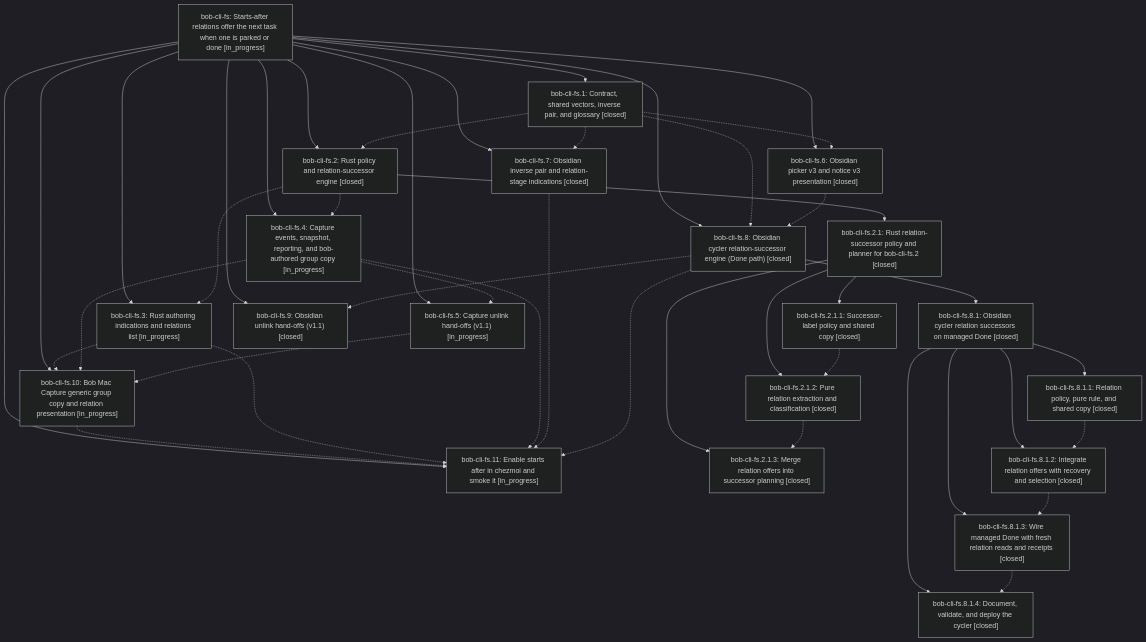
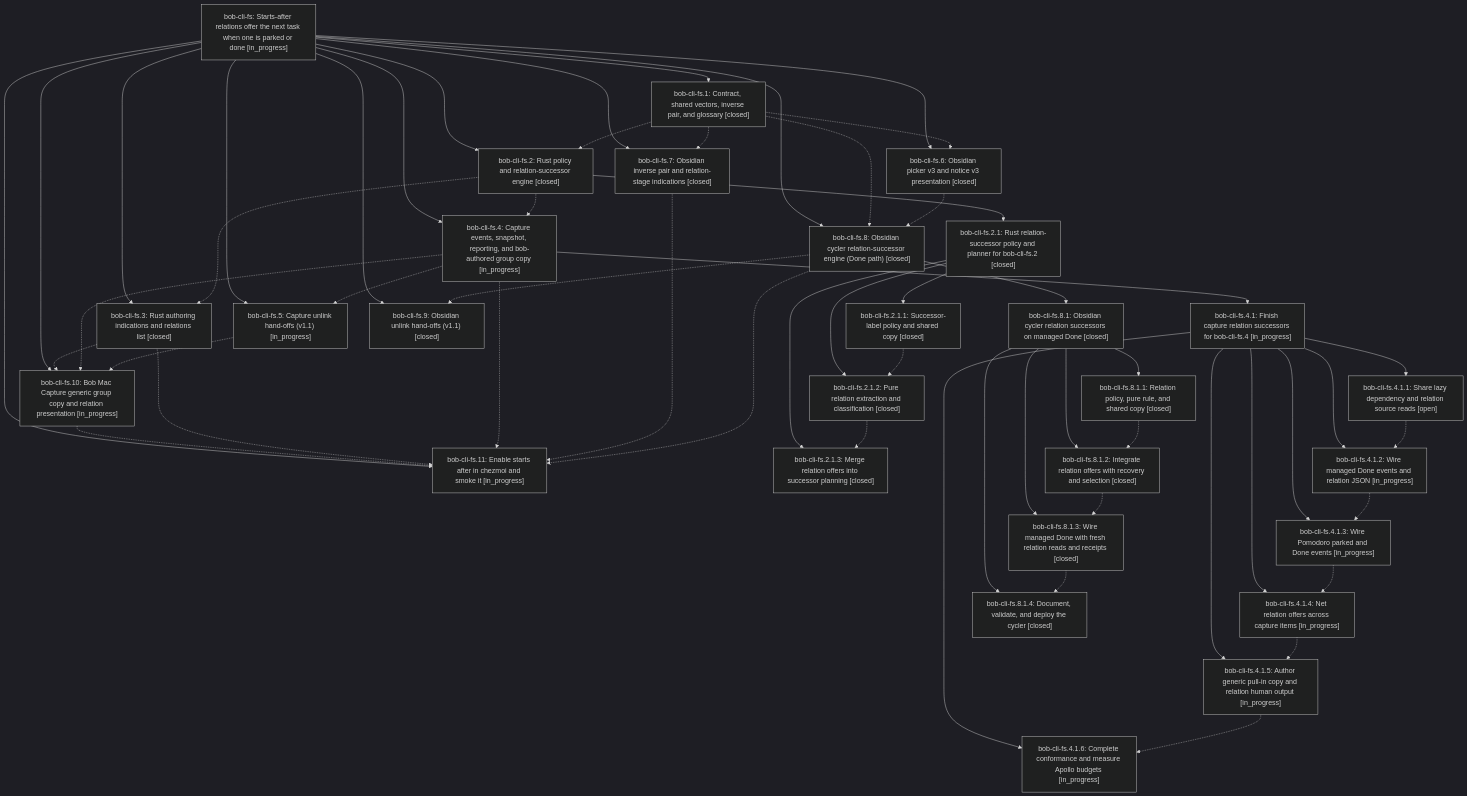
Before and after one commit to bobs-org/bob-cli--beads: the diagram in pages/bob-cli-fs/README.md, drawn with Mermaid (dark theme). The commit also changed other lines of this file and 21 other files, not shown here.

First line of the commit message:
chore(beads): sync bead state and pages for bob-cli-fs

````diff
--- a/pages/bob-cli-fs/README.md
+++ b/pages/bob-cli-fs/README.md
@@ -56,18 +56,25 @@
     n6["bob-cli-fs.2.1.1: Successor-label policy and shared copy [closed]"]
     n7["bob-cli-fs.2.1.2: Pure relation extraction and classification [closed]"]
     n8["bob-cli-fs.2.1.3: Merge relation offers into successor planning [closed]"]
-    n9["bob-cli-fs.3: Rust authoring indications and relations list [in_progress]"]
+    n9["bob-cli-fs.3: Rust authoring indications and relations list [closed]"]
     n10["bob-cli-fs.4: Capture events, snapshot, reporting, and bob-authored group copy [in_progress]"]
-    n11["bob-cli-fs.5: Capture unlink hand-offs (v1.1) [in_progress]"]
-    n12["bob-cli-fs.6: Obsidian picker v3 and notice v3 presentation [closed]"]
-    n13["bob-cli-fs.7: Obsidian inverse pair and relation-stage indications [closed]"]
-    n14["bob-cli-fs.8: Obsidian cycler relation-successor engine (Done path) [closed]"]
-    n15["bob-cli-fs.8.1: Obsidian cycler relation successors on managed Done [closed]"]
-    n16["bob-cli-fs.8.1.1: Relation policy, pure rule, and shared copy [closed]"]
-    n17["bob-cli-fs.8.1.2: Integrate relation offers with recovery and selection [closed]"]
-    n18["bob-cli-fs.8.1.3: Wire managed Done with fresh relation reads and receipts [closed]"]
-    n19["bob-cli-fs.8.1.4: Document, validate, and deploy the cycler [closed]"]
-    n20["bob-cli-fs.9: Obsidian unlink hand-offs (v1.1) [closed]"]
+    n11["bob-cli-fs.4.1: Finish capture relation successors for bob-cli-fs.4 [in_progress]"]
+    n12["bob-cli-fs.4.1.1: Share lazy dependency and relation source reads [open]"]
+    n13["bob-cli-fs.4.1.2: Wire managed Done events and relation JSON [in_progress]"]
+    n14["bob-cli-fs.4.1.3: Wire Pomodoro parked and Done events [in_progress]"]
+    n15["bob-cli-fs.4.1.4: Net relation offers across capture items [in_progress]"]
+    n16["bob-cli-fs.4.1.5: Author generic pull-in copy and relation human output [in_progress]"]
+    n17["bob-cli-fs.4.1.6: Complete conformance and measure Apollo budgets [in_progress]"]
+    n18["bob-cli-fs.5: Capture unlink hand-offs (v1.1) [in_progress]"]
+    n19["bob-cli-fs.6: Obsidian picker v3 and notice v3 presentation [closed]"]
+    n20["bob-cli-fs.7: Obsidian inverse pair and relation-stage indications [closed]"]
+    n21["bob-cli-fs.8: Obsidian cycler relation-successor engine (Done path) [closed]"]
+    n22["bob-cli-fs.8.1: Obsidian cycler relation successors on managed Done [closed]"]
+    n23["bob-cli-fs.8.1.1: Relation policy, pure rule, and shared copy [closed]"]
+    n24["bob-cli-fs.8.1.2: Integrate relation offers with recovery and selection [closed]"]
+    n25["bob-cli-fs.8.1.3: Wire managed Done with fresh relation reads and receipts [closed]"]
+    n26["bob-cli-fs.8.1.4: Document, validate, and deploy the cycler [closed]"]
+    n27["bob-cli-fs.9: Obsidian unlink hand-offs (v1.1) [closed]"]
     n0 --> n1
     n0 --> n2
     n0 --> n3
@@ -78,20 +85,27 @@
     n5 --> n8
     n0 --> n9
     n0 --> n10
-    n0 --> n11
-    n0 --> n12
-    n0 --> n13
-    n0 --> n14
-    n14 --> n15
-    n15 --> n16
-    n15 --> n17
-    n15 --> n18
-    n15 --> n19
+    n10 --> n11
+    n11 --> n12
+    n11 --> n13
+    n11 --> n14
+    n11 --> n15
+    n11 --> n16
+    n11 --> n17
+    n0 --> n18
+    n0 --> n19
     n0 --> n20
+    n0 --> n21
+    n21 --> n22
+    n22 --> n23
+    n22 --> n24
+    n22 --> n25
+    n22 --> n26
+    n0 --> n27
     n1 -.-> n4
-    n1 -.-> n12
-    n1 -.-> n13
-    n1 -.-> n14
+    n1 -.-> n19
+    n1 -.-> n20
+    n1 -.-> n21
     n2 -.-> n3
     n4 -.-> n9
     n4 -.-> n10
@@ -101,13 +115,18 @@
     n9 -.-> n3
     n10 -.-> n2
     n10 -.-> n3
-    n10 -.-> n11
-    n11 -.-> n2
-    n12 -.-> n14
-    n13 -.-> n3
-    n14 -.-> n3
-    n14 -.-> n20
+    n10 -.-> n18
+    n12 -.-> n13
+    n13 -.-> n14
+    n14 -.-> n15
+    n15 -.-> n16
     n16 -.-> n17
-    n17 -.-> n18
-    n18 -.-> n19
+    n18 -.-> n2
+    n19 -.-> n21
+    n20 -.-> n3
+    n21 -.-> n3
+    n21 -.-> n27
+    n23 -.-> n24
+    n24 -.-> n25
+    n25 -.-> n26
 ```
````
